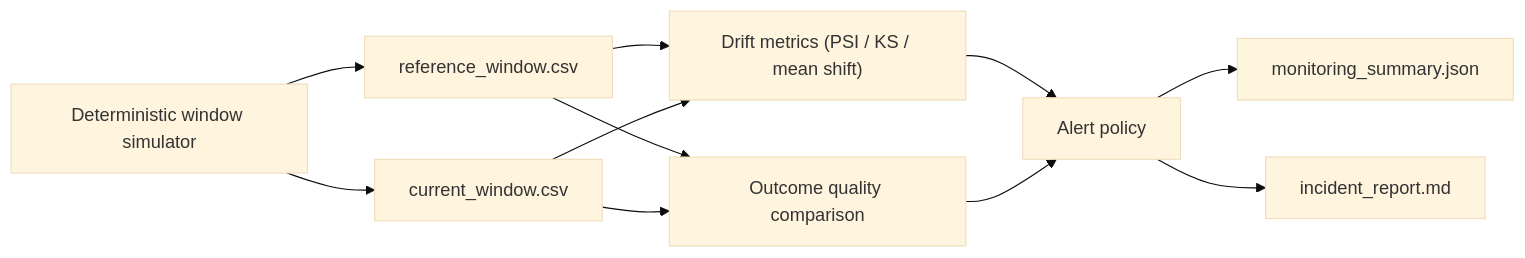
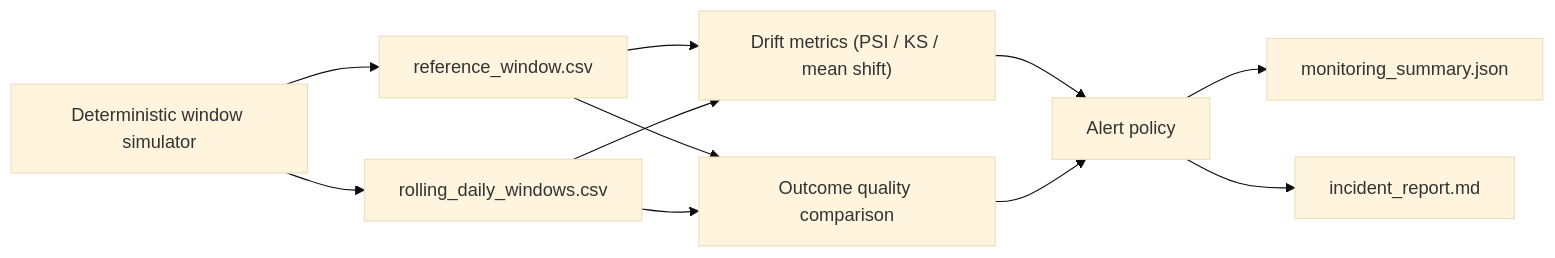
The diagram in README.md (srn91/model-monitoring-drift-lab), drawn with Mermaid (base theme) before and after one commit. The commit also changed other lines of this file and 6 other files, not shown here.

Commit message:
Add rolling monitoring windows

````diff
--- a/README.md
+++ b/README.md
@@ -31,13 +31,13 @@
 ```mermaid
 flowchart LR
     A["Deterministic window simulator"] --> B["reference_window.csv"]
-    A --> C["current_window.csv"]
+    A --> C["rolling_daily_windows.csv"]
     B --> D["Drift metrics (PSI / KS / mean shift)"]
     C --> D
     B --> E["Outcome quality comparison"]
     C --> E
     D --> F["Alert policy"]
     E --> F
     F --> G["monitoring_summary.json"]
     F --> H["incident_report.md"]
 ```
````
